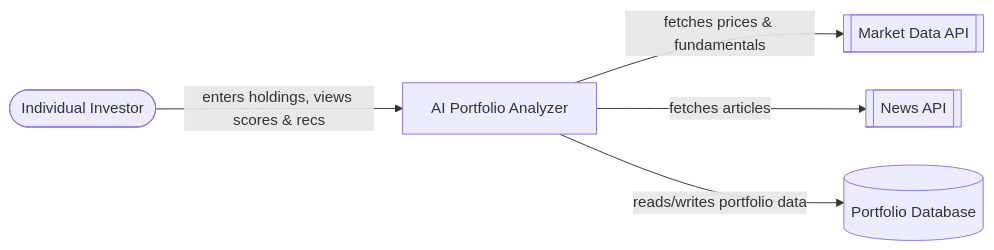
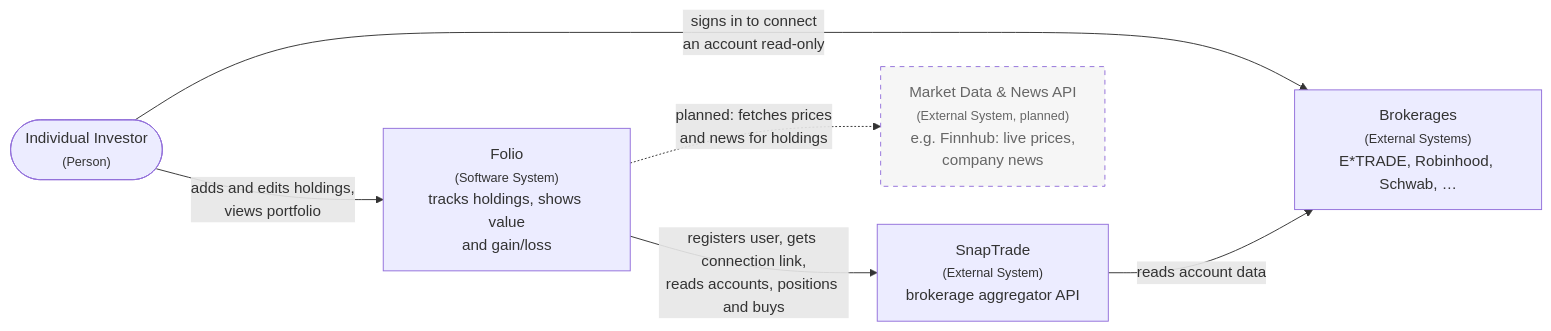
The first of 4 diagrams in README.md (dquin144/cen5064-project-quinones), drawn with Mermaid before and after one commit. The commit also changed other lines of this file and 2 other files, not shown here.

````diff
--- a/README.md
+++ b/README.md
@@ -66,8 +109,18 @@
 ```mermaid
 %%{init: {'flowchart': {'nodeSpacing': 40, 'rankSpacing': 60, 'curve': 'basis'}}}%%
 flowchart LR
-    user([Individual Investor]) -->|enters holdings, views scores & recs| system[AI Portfolio Analyzer]
-    system -->|fetches prices & fundamentals| marketApi[[Market Data API]]
-    system -->|fetches articles| newsApi[[News API]]
-    system -->|reads/writes portfolio data| db[(Portfolio Database)]
+    user(["Individual Investor<br/><small>(Person)</small>"])
+    folio["Folio<br/><small>(Software System)</small><br/>tracks holdings, shows value<br/>and gain/loss"]
+    snaptrade["SnapTrade<br/><small>(External System)</small><br/>brokerage aggregator API"]
+    brokerages["Brokerages<br/><small>(External Systems)</small><br/>E*TRADE, Robinhood, Schwab, …"]
+    market["Market Data & News API<br/><small>(External System, planned)</small><br/>e.g. Finnhub: live prices,<br/>company news"]
+
+    user -->|adds and edits holdings,<br/>views portfolio| folio
+    user -->|signs in to connect<br/>an account read-only| brokerages
+    folio -->|registers user, gets connection link,<br/>reads accounts, positions and buys| snaptrade
+    snaptrade -->|reads account data| brokerages
+    folio -.->|planned: fetches prices<br/>and news for holdings| market
+
+    classDef planned stroke-dasharray: 5 5,fill:#f6f6f6,color:#666
+    class market planned
 ```
````
